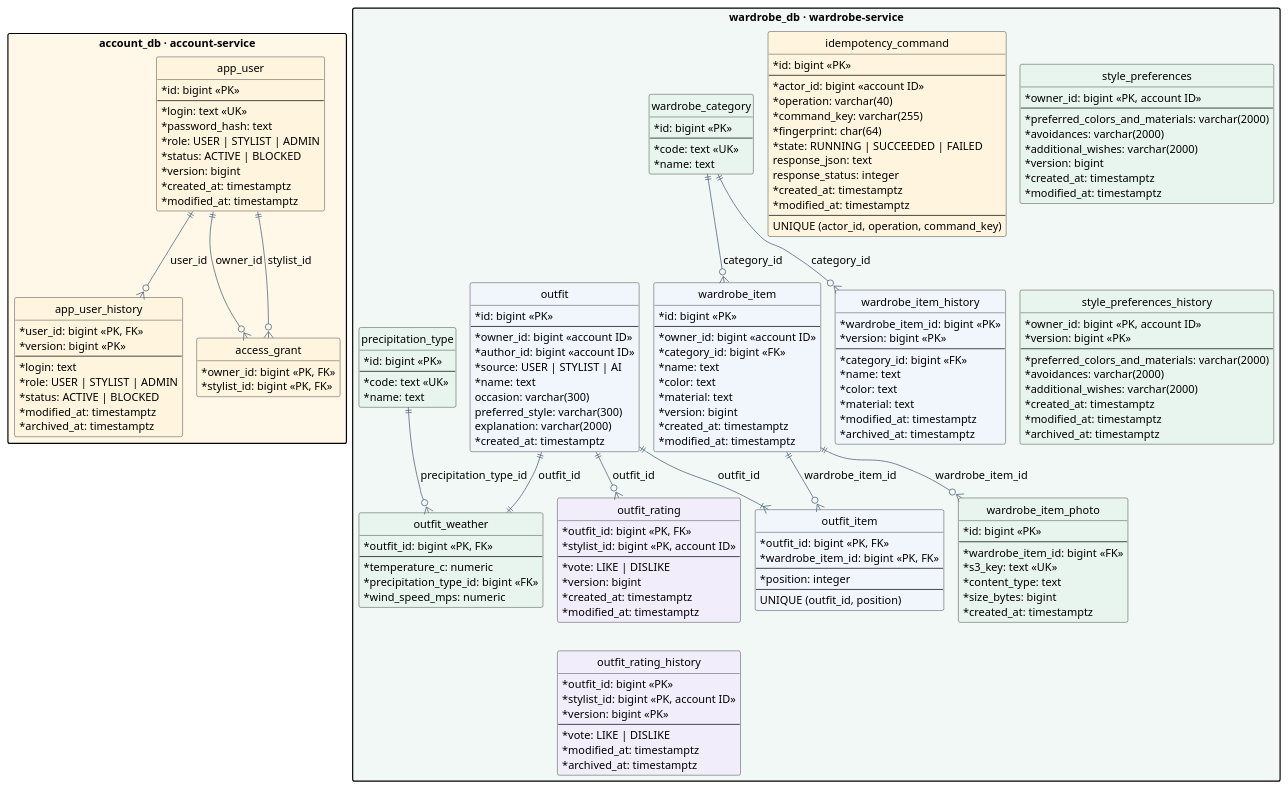
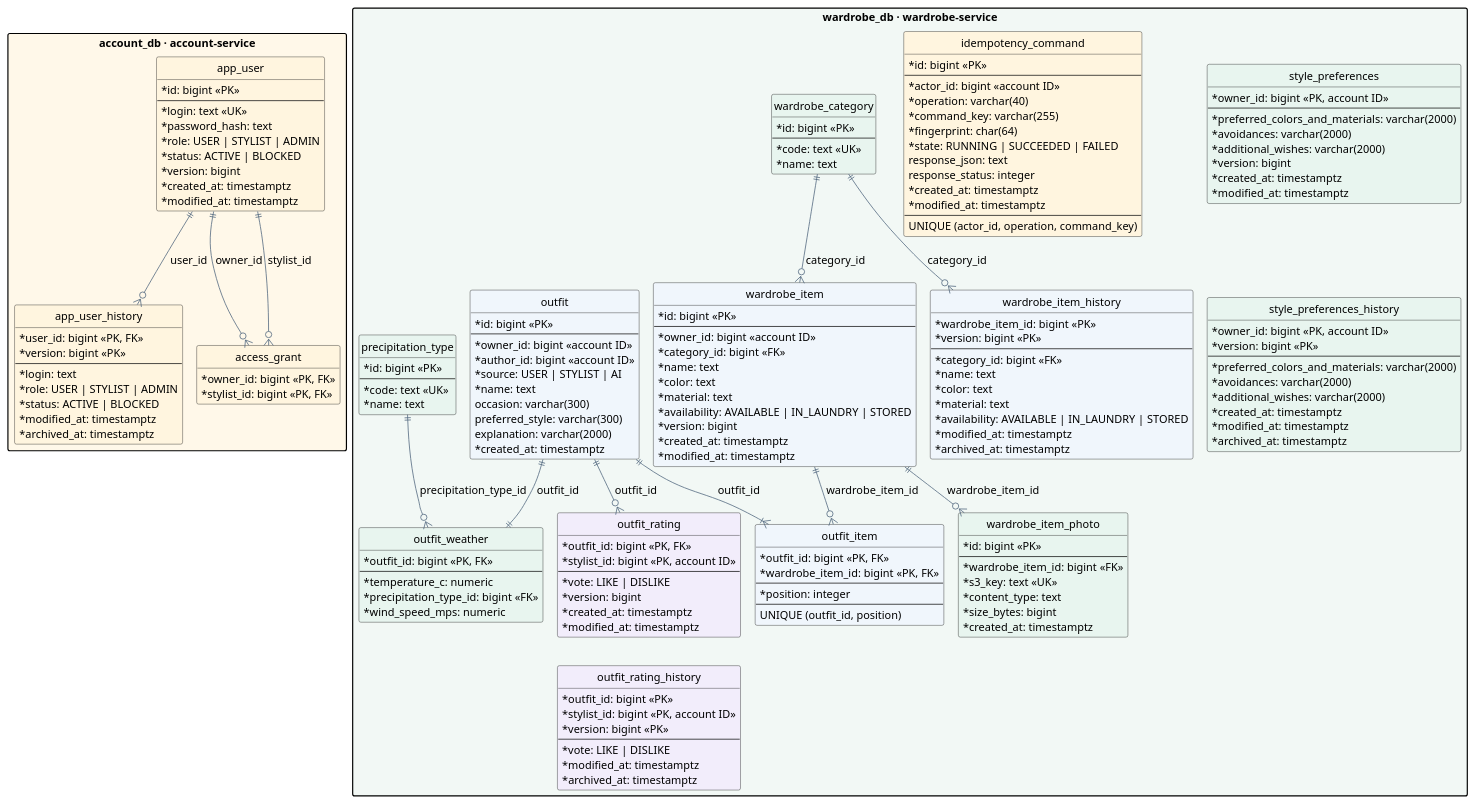
One commit to SimeonGor/clothes-advisor changed the diagram in docs/lab2/diagrams/data.puml. Above: the diagram before and after it, drawn with PlantUML. The commit also changed 6 other files, not shown here.

```diff
--- a/docs/lab2/diagrams/data.puml
+++ b/docs/lab2/diagrams/data.puml
@@ -1,184 +1,186 @@
 @startuml data
 !pragma layout smetana
 skinparam backgroundColor #FFFFFF
 skinparam defaultFontName SansSerif
 skinparam defaultFontSize 14
 skinparam shadowing false
 skinparam classAttributeIconSize 0
 skinparam packageStyle rectangle
 skinparam nodesep 55
 skinparam ranksep 65
 skinparam ArrowColor #52677F
 hide methods
 hide circle
 
 package "account_db · account-service" as account #FFF8E9 {
   entity "app_user" as user #FFF5DF {
     * id: bigint <<PK>>
     --
     * login: text <<UK>>
     * password_hash: text
     * role: USER | STYLIST | ADMIN
     * status: ACTIVE | BLOCKED
     * version: bigint
     * created_at: timestamptz
     * modified_at: timestamptz
   }
   entity "app_user_history" as user_history #FFF5DF {
     * user_id: bigint <<PK, FK>>
     * version: bigint <<PK>>
     --
     * login: text
     * role: USER | STYLIST | ADMIN
     * status: ACTIVE | BLOCKED
     * modified_at: timestamptz
     * archived_at: timestamptz
   }
   entity "access_grant" as grant #FFF5DF {
     * owner_id: bigint <<PK, FK>>
     * stylist_id: bigint <<PK, FK>>
   }
   user ||--o{ user_history : user_id
   user ||--o{ grant : owner_id
   user ||--o{ grant : stylist_id
 }
 
 package "wardrobe_db · wardrobe-service" as wardrobe #F2F8F5 {
   entity "style_preferences" as preferences #E8F5EF {
     * owner_id: bigint <<PK, account ID>>
     --
     * preferred_colors_and_materials: varchar(2000)
     * avoidances: varchar(2000)
     * additional_wishes: varchar(2000)
     * version: bigint
     * created_at: timestamptz
     * modified_at: timestamptz
   }
   entity "style_preferences_history" as preferences_history #E8F5EF {
     * owner_id: bigint <<PK, account ID>>
     * version: bigint <<PK>>
     --
     * preferred_colors_and_materials: varchar(2000)
     * avoidances: varchar(2000)
     * additional_wishes: varchar(2000)
     * created_at: timestamptz
     * modified_at: timestamptz
     * archived_at: timestamptz
   }
   preferences -[hidden]down-> preferences_history
   entity "idempotency_command" as command #FFF5DF {
     * id: bigint <<PK>>
     --
     * actor_id: bigint <<account ID>>
     * operation: varchar(40)
     * command_key: varchar(255)
     * fingerprint: char(64)
     * state: RUNNING | SUCCEEDED | FAILED
     response_json: text
     response_status: integer
     * created_at: timestamptz
     * modified_at: timestamptz
     --
     UNIQUE (actor_id, operation, command_key)
   }
   entity "wardrobe_category" as category #E8F5EF {
     * id: bigint <<PK>>
     --
     * code: text <<UK>>
     * name: text
   }
   entity "wardrobe_item" as item #F0F6FC {
     * id: bigint <<PK>>
     --
     * owner_id: bigint <<account ID>>
     * category_id: bigint <<FK>>
     * name: text
     * color: text
     * material: text
+    * availability: AVAILABLE | IN_LAUNDRY | STORED
     * version: bigint
     * created_at: timestamptz
     * modified_at: timestamptz
   }
   entity "wardrobe_item_history" as item_history #F0F6FC {
     * wardrobe_item_id: bigint <<PK>>
     * version: bigint <<PK>>
     --
     * category_id: bigint <<FK>>
     * name: text
     * color: text
     * material: text
+    * availability: AVAILABLE | IN_LAUNDRY | STORED
     * modified_at: timestamptz
     * archived_at: timestamptz
   }
   entity "wardrobe_item_photo" as photo #E8F5EF {
     * id: bigint <<PK>>
     --
     * wardrobe_item_id: bigint <<FK>>
     * s3_key: text <<UK>>
     * content_type: text
     * size_bytes: bigint
     * created_at: timestamptz
   }
   entity "outfit" as outfit #F0F6FC {
     * id: bigint <<PK>>
     --
     * owner_id: bigint <<account ID>>
     * author_id: bigint <<account ID>>
     * source: USER | STYLIST | AI
     * name: text
     occasion: varchar(300)
     preferred_style: varchar(300)
     explanation: varchar(2000)
     * created_at: timestamptz
   }
   entity "outfit_item" as composition #F0F6FC {
     * outfit_id: bigint <<PK, FK>>
     * wardrobe_item_id: bigint <<PK, FK>>
     --
     * position: integer
     --
     UNIQUE (outfit_id, position)
   }
   entity "outfit_weather" as weather #E8F5EF {
     * outfit_id: bigint <<PK, FK>>
     --
     * temperature_c: numeric
     * precipitation_type_id: bigint <<FK>>
     * wind_speed_mps: numeric
   }
   entity "precipitation_type" as precipitation #E8F5EF {
     * id: bigint <<PK>>
     --
     * code: text <<UK>>
     * name: text
   }
   entity "outfit_rating" as rating #F2EDFB {
     * outfit_id: bigint <<PK, FK>>
     * stylist_id: bigint <<PK, account ID>>
     --
     * vote: LIKE | DISLIKE
     * version: bigint
     * created_at: timestamptz
     * modified_at: timestamptz
   }
   entity "outfit_rating_history" as rating_history #F2EDFB {
     * outfit_id: bigint <<PK>>
     * stylist_id: bigint <<PK, account ID>>
     * version: bigint <<PK>>
     --
     * vote: LIKE | DISLIKE
     * modified_at: timestamptz
     * archived_at: timestamptz
   }
   category ||--o{ item : category_id
   category ||--o{ item_history : category_id
   item ||--o{ photo : wardrobe_item_id
   item ||--o{ composition : wardrobe_item_id
   outfit ||--|{ composition : outfit_id
   outfit ||--|| weather : outfit_id
   precipitation ||--o{ weather : precipitation_type_id
   outfit ||--o{ rating : outfit_id
   rating -[hidden]down-> rating_history
 }
 account -[hidden]right-> wardrobe
 @enduml
```
